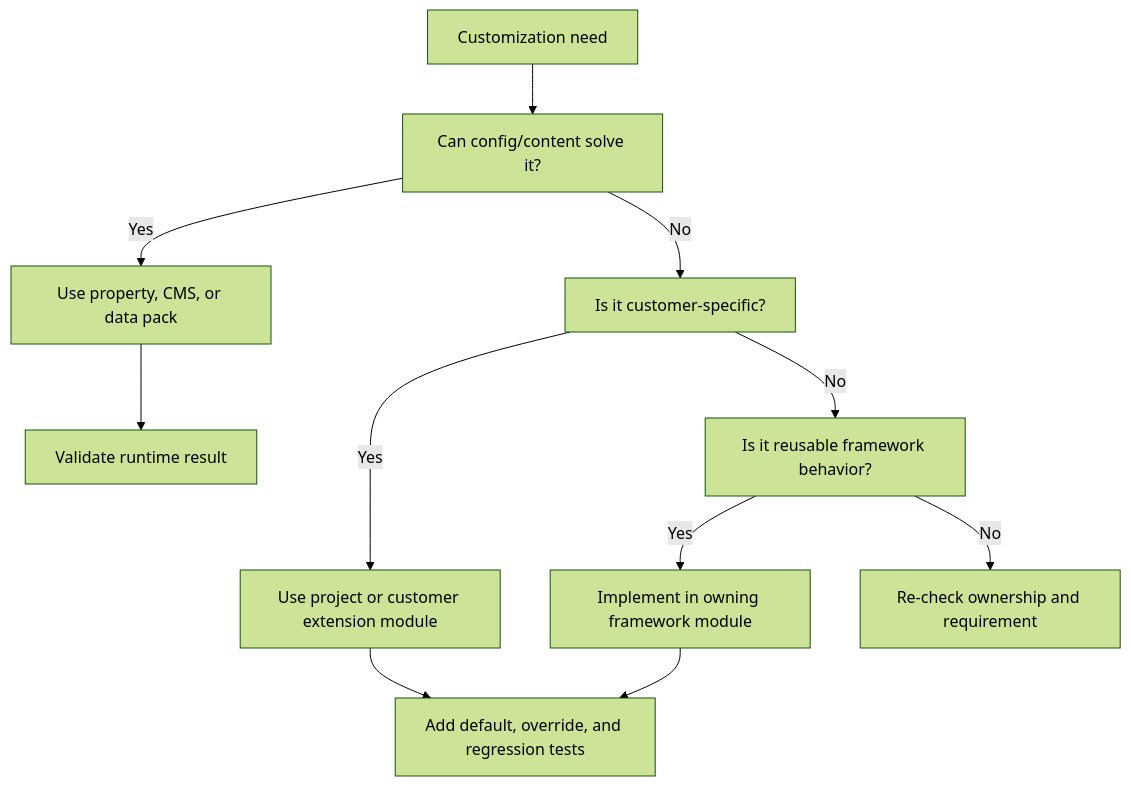
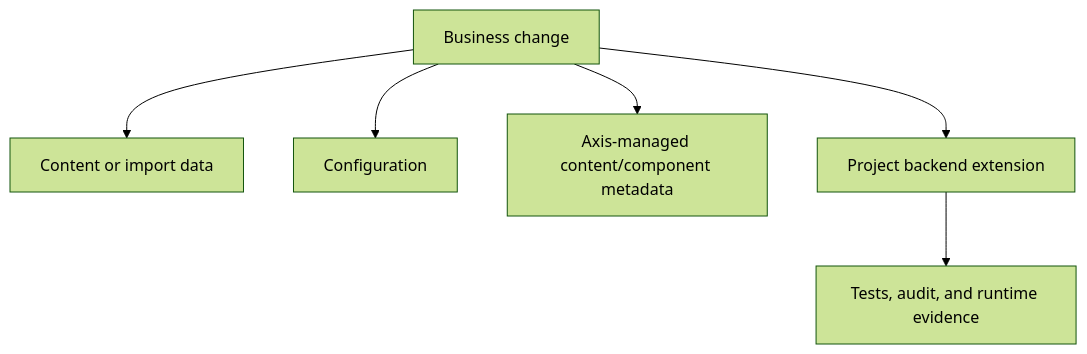
Before and after one commit to Nodics/nodics.ai: the diagram in nodics.docs/docs/pages/framework/customization-guide.md, drawn with Mermaid (forest theme). The commit also changed other lines of this file and 92 other files, not shown here.

````diff
--- a/nodics.docs/docs/pages/framework/customization-guide.md
+++ b/nodics.docs/docs/pages/framework/customization-guide.md
@@ -151,13 +10,8 @@
 ```mermaid
 flowchart TD
-  Need["Customization need"] --> Config["Can config/content solve it?"]
-  Config -->|Yes| UseConfig["Use property, CMS, or data pack"]
-  Config -->|No| Project["Is it customer-specific?"]
-  Project -->|Yes| Later["Use project or customer extension module"]
-  Project -->|No| Reusable["Is it reusable framework behavior?"]
-  Reusable -->|Yes| Framework["Implement in owning framework module"]
-  Reusable -->|No| Reconsider["Re-check ownership and requirement"]
-  Later --> Test["Add default, override, and regression tests"]
-  Framework --> Test
-  UseConfig --> Validate["Validate runtime result"]
+  Need["Business change"] --> Data["Content or import data"]
+  Need --> Config["Configuration"]
+  Need --> Axis["Axis-managed content/component metadata"]
+  Need --> Backend["Project backend extension"]
+  Backend --> Verify["Tests, audit, and runtime evidence"]
 ```
````
